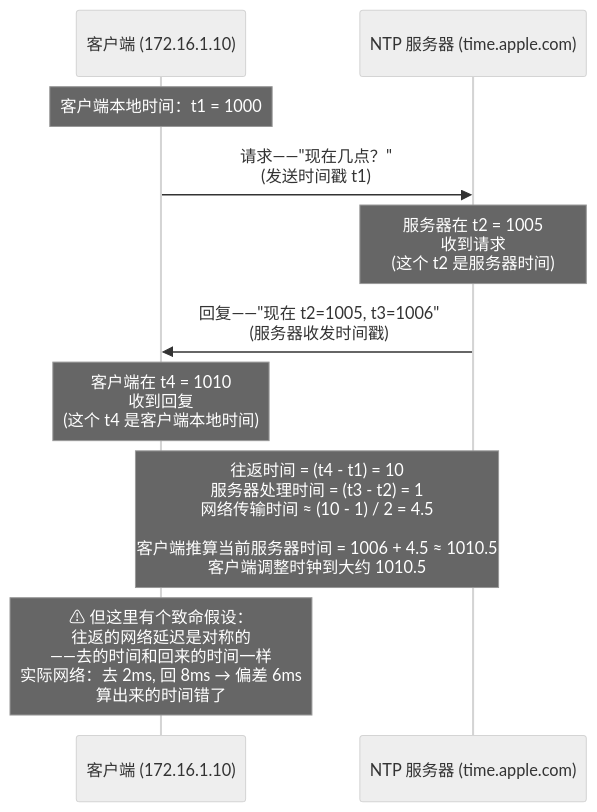
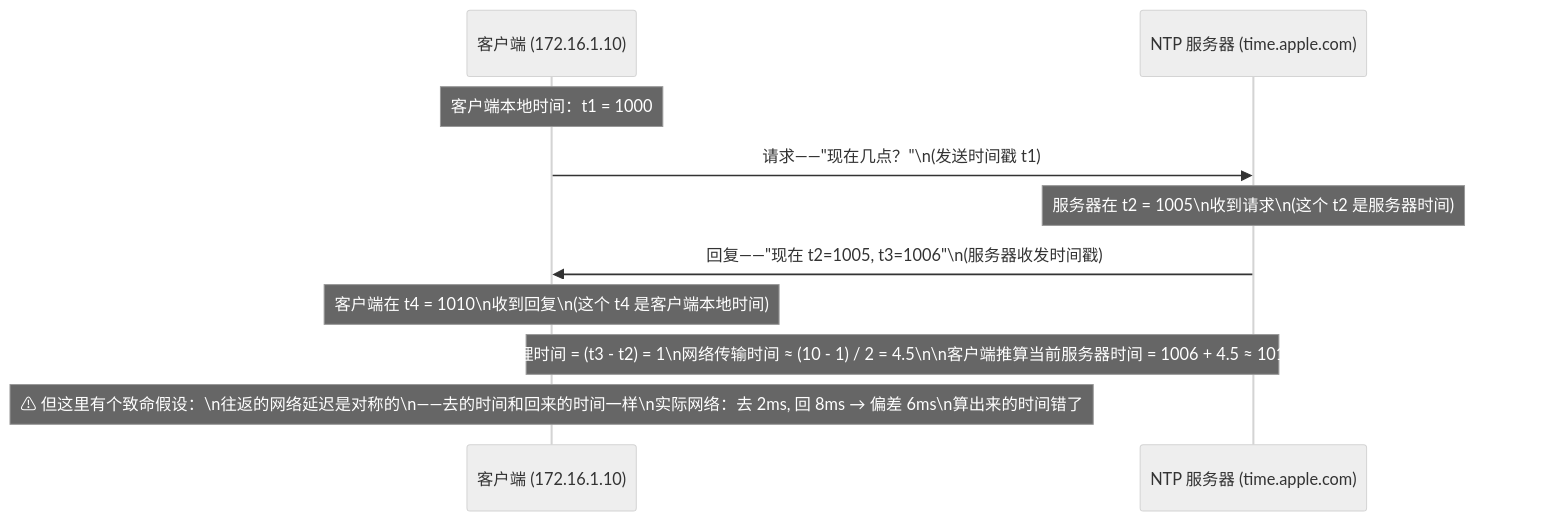
One commit to yaocat55/yaocat55.github.io changed the third of 5 diagrams in content/posts/distributed-algorithms/DistributedUncertainty.md. Above: the diagram before and after it, drawn with Mermaid (neutral theme). The commit also changed other lines of this file and 155 other files, not shown here.

````diff
--- a/content/posts/distributed-algorithms/DistributedUncertainty.md
+++ b/content/posts/distributed-algorithms/DistributedUncertainty.md
@@ -258,18 +258,18 @@
 ```mermaid
 sequenceDiagram
     participant C as 客户端 (172.16.1.10)
     participant S as NTP 服务器 (time.apple.com)
 
     Note over C: 客户端本地时间：t1 = 1000
-    C->>S: 请求——"现在几点？"<br/>(发送时间戳 t1)
+    C->>S: 请求——"现在几点？"\n(发送时间戳 t1)
 
-    Note over S: 服务器在 t2 = 1005<br/>收到请求<br/>(这个 t2 是服务器时间)
+    Note over S: 服务器在 t2 = 1005\n收到请求\n(这个 t2 是服务器时间)
 
-    S->>C: 回复——"现在 t2=1005, t3=1006"<br/>(服务器收发时间戳)
+    S->>C: 回复——"现在 t2=1005, t3=1006"\n(服务器收发时间戳)
 
-    Note over C: 客户端在 t4 = 1010<br/>收到回复<br/>(这个 t4 是客户端本地时间)
+    Note over C: 客户端在 t4 = 1010\n收到回复\n(这个 t4 是客户端本地时间)
 
-    Note over C,S: 往返时间 = (t4 - t1) = 10<br/>服务器处理时间 = (t3 - t2) = 1<br/>网络传输时间 ≈ (10 - 1) / 2 = 4.5<br/><br/>客户端推算当前服务器时间 = 1006 + 4.5 ≈ 1010.5<br/>客户端调整时钟到大约 1010.5
+    Note over C,S: 往返时间 = (t4 - t1) = 10\n服务器处理时间 = (t3 - t2) = 1\n网络传输时间 ≈ (10 - 1) / 2 = 4.5\n\n客户端推算当前服务器时间 = 1006 + 4.5 ≈ 1010.5\n客户端调整时钟到大约 1010.5
 
-    Note over C: ⚠ 但这里有个致命假设：<br/>往返的网络延迟是对称的<br/>——去的时间和回来的时间一样<br/>实际网络：去 2ms, 回 8ms → 偏差 6ms<br/>算出来的时间错了
+    Note over C: ⚠ 但这里有个致命假设：\n往返的网络延迟是对称的\n——去的时间和回来的时间一样\n实际网络：去 2ms, 回 8ms → 偏差 6ms\n算出来的时间错了
 ```
````
